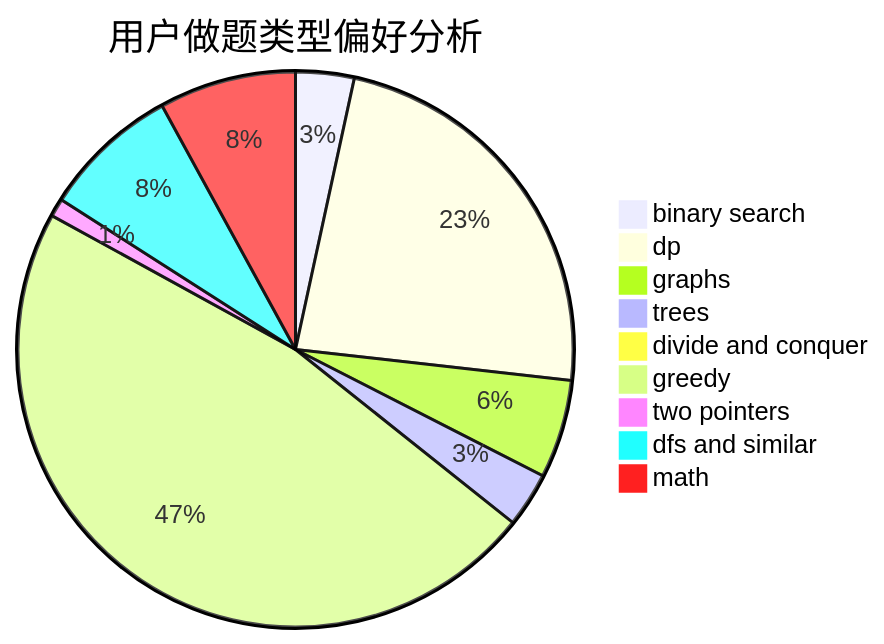
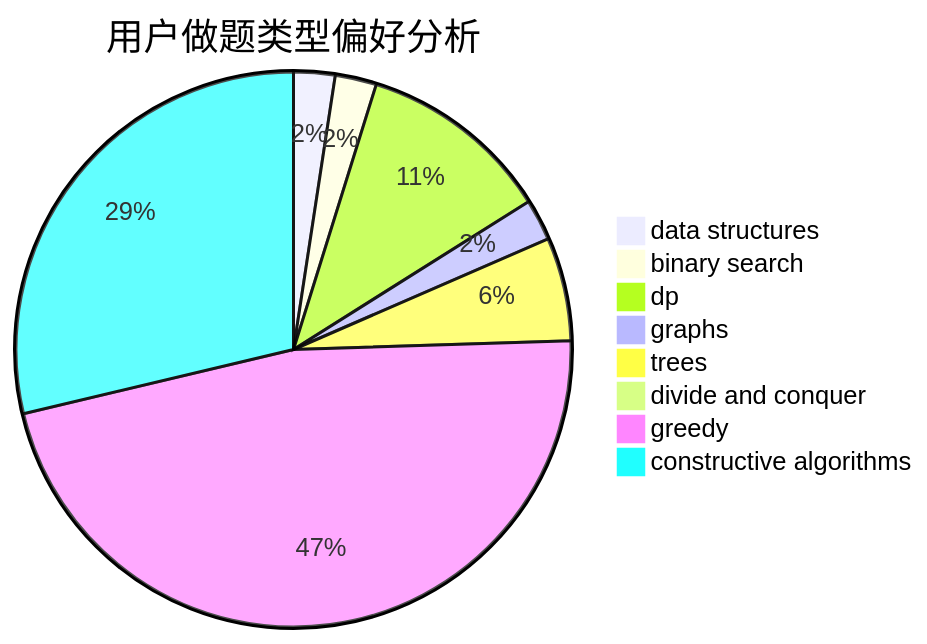
Before and after one commit to sherpahu/cfrs.github.io: the second of 3 diagrams in docs/user/u2201.md, drawn with Mermaid. The commit also changed other lines of this file and 2775 other files, not shown here.

````diff
--- a/docs/user/u2201.md
+++ b/docs/user/u2201.md
@@ -23,12 +23,11 @@
 ```mermaid
 pie title 用户做题类型偏好分析
-    "binary search" :  32
-    "dp" :  220
-    "graphs" :  54
+    "data structures" :  12
+    "binary search" :  12
+    "dp" :  56
+    "graphs" :  12
     "trees" :  30
     "divide and conquer" :  0
-    "greedy" :  445
-    "two pointers" :  10
-    "dfs and similar" :  75
-    "math" :  75
+    "greedy" :  233
+    "constructive algorithms" :  143
 ```
````
